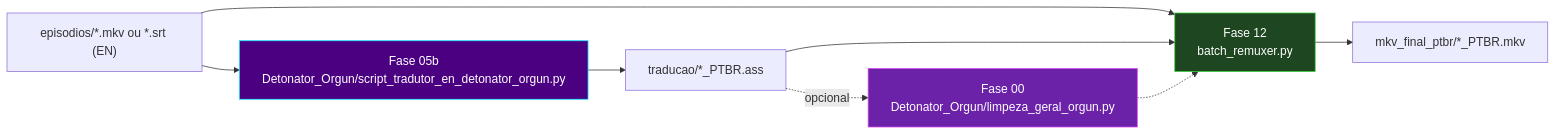
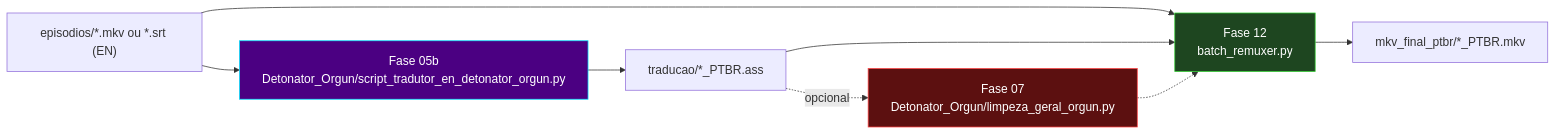
One commit to carmipa/projeto-tracker-animes-traducao changed diagram 14 of 15 in docs/arquitetura.md. Above: the diagram before and after it, drawn with Mermaid. The commit also changed other lines of this file and 38 other files, not shown here.

````diff
--- a/docs/arquitetura.md
+++ b/docs/arquitetura.md
@@ -485,14 +489,14 @@
 ```mermaid
 flowchart LR
     M_SRC["episodios/*.mkv ou *.srt (EN)"] --> M_F05B["Fase 05b<br/>Detonator_Orgun/script_tradutor_en_detonator_orgun.py"]
     M_F05B --> M_ASS["traducao/*_PTBR.ass"]
-    M_ASS -.->|"opcional"| M_HYG["Fase 00<br/>Detonator_Orgun/limpeza_geral_orgun.py"]
+    M_ASS -.->|"opcional"| M_F07["Fase 07<br/>Detonator_Orgun/limpeza_geral_orgun.py"]
     M_SRC --> M_F12["Fase 12<br/>batch_remuxer.py"]
     M_ASS --> M_F12
-    M_HYG -.-> M_F12
+    M_F07 -.-> M_F12
     M_F12 --> M_OUT["mkv_final_ptbr/*_PTBR.mkv"]
 
     style M_F05B fill:#4B0082,stroke:#00E5FF,color:#fff
-    style M_HYG fill:#6b21a8,stroke:#d946ef,color:#fff
+    style M_F07 fill:#5c1010,stroke:#ff4444,color:#fff
     style M_F12 fill:#1e4620,stroke:#32CD32,color:#fff
 ```
````
